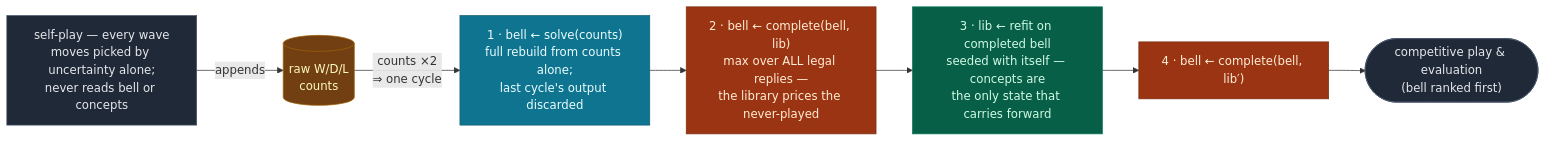
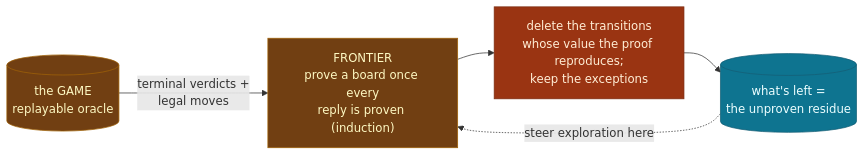
One commit to MatheweB/WiseExplorer changed the seventh of 7 diagrams in README.md. Above: the diagram before and after it, drawn with Mermaid. The commit also changed other lines of this file and 6 other files, not shown here.

````diff
--- a/README.md
+++ b/README.md
@@ -587,14 +317,10 @@
 ```mermaid
 flowchart LR
-    classDef pl fill:#1f2937,stroke:#475569,color:#e5e7eb
-    classDef db fill:#713f12,stroke:#a16207,color:#fef9c3
-    classDef ev fill:#0e7490,stroke:#155e75,color:#ecfeff
-    classDef co fill:#9a3412,stroke:#7c2d12,color:#ffedd5
-    classDef di fill:#065f46,stroke:#047857,color:#d1fae5
-    P["self-play — every wave<br/>moves picked by uncertainty alone;<br/>never reads bell or concepts"]:::pl -->|"appends"| K[("raw W/D/L<br/>counts")]:::db
-    K -->|"counts ×2<br/>⇒ one cycle"| S["1 · bell ← solve(counts)<br/>full rebuild from counts alone;<br/>last cycle's output discarded"]:::ev
-    S --> C1["2 · bell ← complete(bell, lib)<br/>max over ALL legal replies —<br/>the library prices the never-played"]:::co
-    C1 --> D["3 · lib ← refit on completed bell<br/>seeded with itself — concepts are<br/>the only state that carries forward"]:::di
-    D --> C2["4 · bell ← complete(bell, lib′)"]:::co
-    C2 --> OUT(["competitive play & evaluation<br/>(bell ranked first)"]):::pl
+    classDef game fill:#713f12,stroke:#a16207,color:#fef9c3
+    classDef db   fill:#0e7490,stroke:#155e75,color:#ecfeff
+    classDef cut  fill:#9a3412,stroke:#7c2d12,color:#ffedd5
+    G[("the GAME<br/>replayable oracle")]:::game -->|"terminal verdicts +<br/>legal moves"| F["FRONTIER<br/>prove a board once every<br/>reply is proven (induction)"]:::game
+    F --> C["delete the transitions<br/>whose value the proof reproduces;<br/>keep the exceptions"]:::cut
+    C --> M[("what's left =<br/>the unproven residue")]:::db
+    M -.->|"steer exploration here"| F
 ```
````
